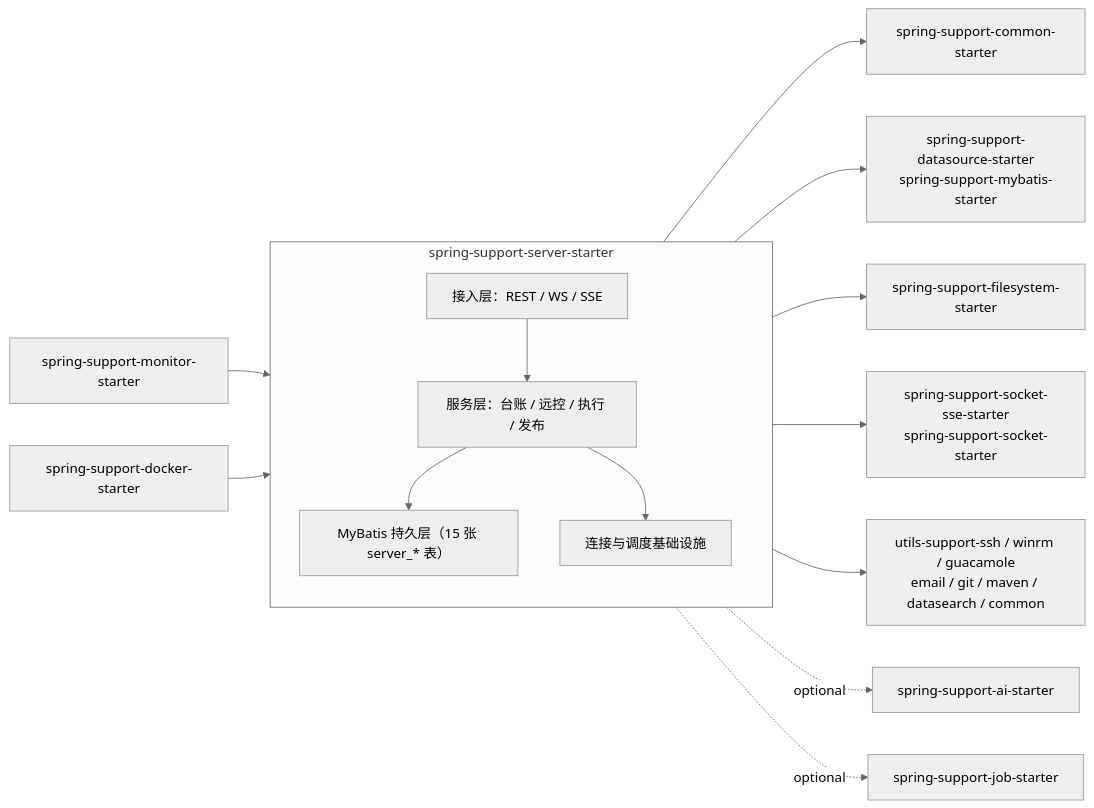
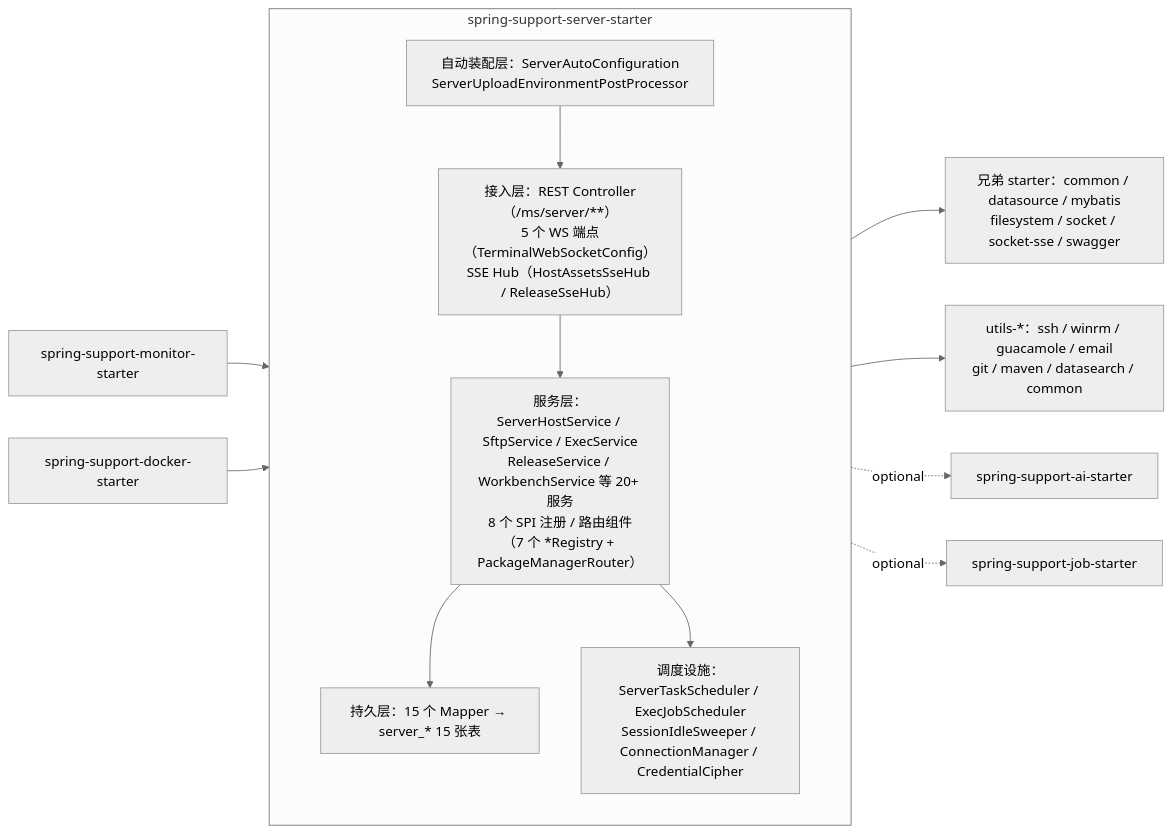
One commit to CHTK001/spring-support-parent-starter changed the first of 2 diagrams in spring-support-server-starter/README.md. Above: the diagram before and after it, drawn with Mermaid (neutral theme). The commit also changed other lines of this file and 54 other files, not shown here.

````diff
--- a/spring-support-server-starter/README.md
+++ b/spring-support-server-starter/README.md
@@ -11,23 +7,21 @@
 ```mermaid
 flowchart LR
     MON["spring-support-monitor-starter"] --> SERVER
     DOC["spring-support-docker-starter"] --> SERVER
 
     subgraph SERVER["spring-support-server-starter"]
         direction TB
-        WEB["接入层：REST / WS / SSE"]
-        SVC["服务层：台账 / 远控 / 执行 / 发布"]
-        INFRA["连接与调度基础设施"]
-        DAO["MyBatis 持久层（15 张 server_* 表）"]
-        WEB --> SVC --> DAO
-        SVC --> INFRA
+        AUTO["自动装配层：ServerAutoConfiguration<br/>ServerUploadEnvironmentPostProcessor"]
+        WEB["接入层：REST Controller（/ms/server/**）<br/>5 个 WS 端点（TerminalWebSocketConfig）<br/>SSE Hub（HostAssetsSseHub / ReleaseSseHub）"]
+        SVC["服务层：ServerHostService / SftpService / ExecService<br/>ReleaseService / WorkbenchService 等 20+ 服务<br/>8 个 SPI 注册 / 路由组件（7 个 *Registry + PackageManagerRouter）"]
+        SCHED["调度设施：ServerTaskScheduler / ExecJobScheduler<br/>SessionIdleSweeper / ConnectionManager / CredentialCipher"]
+        DAO["持久层：15 个 Mapper → server_* 15 张表"]
+        AUTO --> WEB --> SVC --> DAO
+        SVC --> SCHED
     end
 
-    SERVER --> COMMON["spring-support-common-starter"]
-    SERVER --> DS["spring-support-datasource-starter<br/>spring-support-mybatis-starter"]
-    SERVER --> FS["spring-support-filesystem-starter"]
-    SERVER --> SOCK["spring-support-socket-sse-starter<br/>spring-support-socket-starter"]
-    SERVER --> UTILS["utils-support-ssh / winrm / guacamole<br/>email / git / maven / datasearch / common"]
+    SERVER --> BROTHER["兄弟 starter：common / datasource / mybatis<br/>filesystem / socket / socket-sse / swagger"]
+    SERVER --> UTILS["utils-*：ssh / winrm / guacamole / email<br/>git / maven / datasearch / common"]
     SERVER -. optional .-> AI["spring-support-ai-starter"]
     SERVER -. optional .-> JOB["spring-support-job-starter"]
 ```
````
